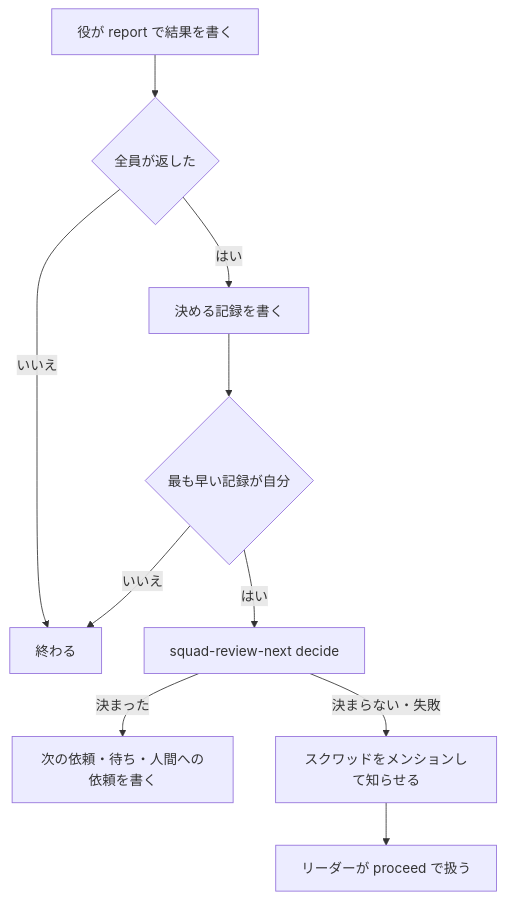
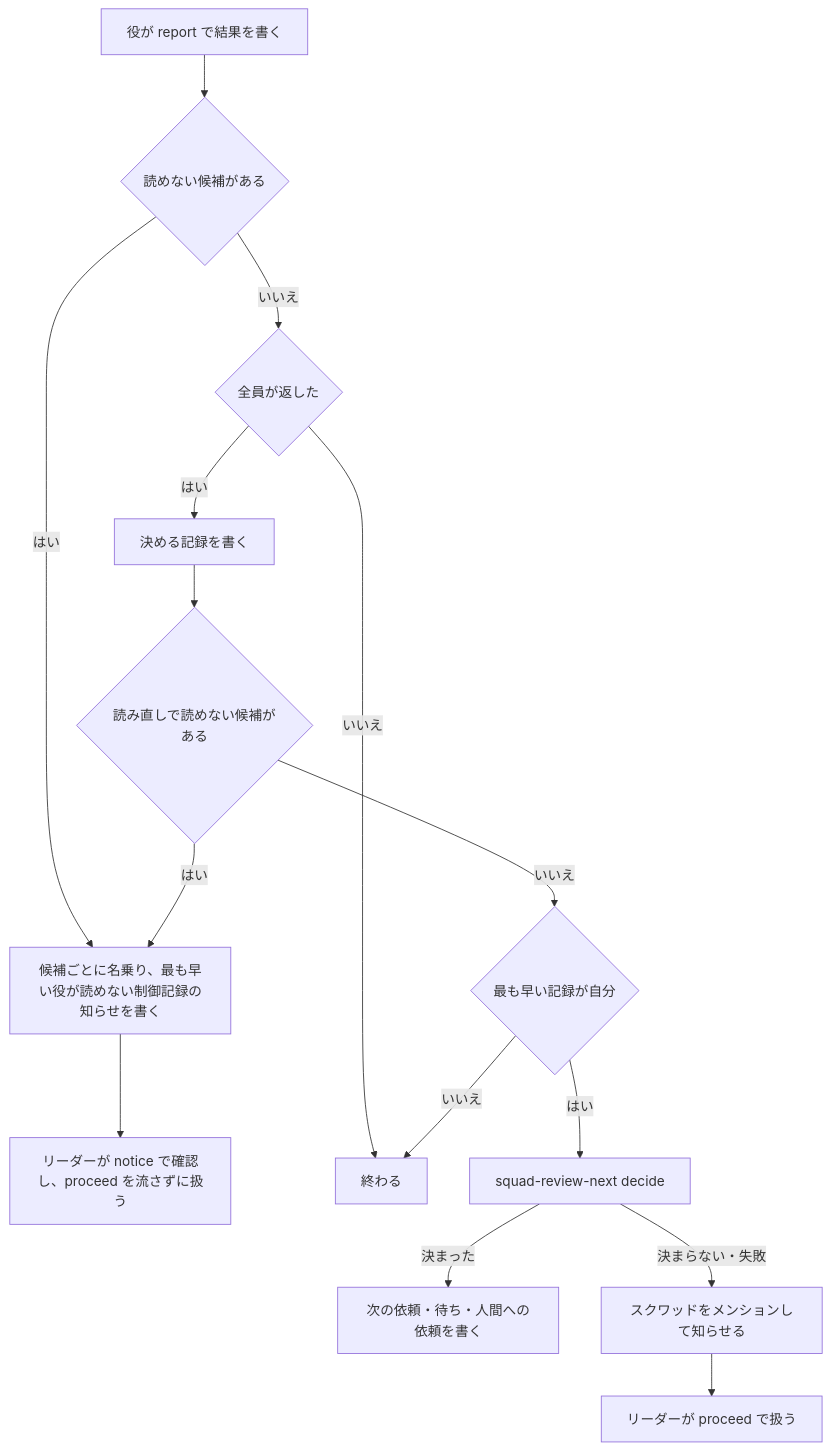
One commit to drecom/multica-squad-kit changed the first of 3 diagrams in docs/review-next-step.md. Above: the diagram before and after it, drawn with Mermaid. The commit also changed other lines of this file and 1 other file, not shown here.

````diff
--- a/docs/review-next-step.md
+++ b/docs/review-next-step.md
@@ -36,12 +36,17 @@
 ```mermaid
 flowchart TD
-  A[役が report で結果を書く] --> B{全員が返した}
+  A[役が report で結果を書く] --> U{読めない候補がある}
+  U -- はい --> N[候補ごとに名乗り、最も早い役が読めない制御記録の知らせを書く]
+  N --> L[リーダーが notice で確認し、proceed を流さずに扱う]
+  U -- いいえ --> B{全員が返した}
   B -- いいえ --> Z[終わる]
   B -- はい --> C[決める記録を書く]
-  C --> D{最も早い記録が自分}
+  C --> V{読み直しで読めない候補がある}
+  V -- はい --> N
+  V -- いいえ --> D{最も早い記録が自分}
   D -- いいえ --> Z
   D -- はい --> E[squad-review-next decide]
   E -- 決まった --> F[次の依頼・待ち・人間への依頼を書く]
   E -- 決まらない・失敗 --> G[スクワッドをメンションして知らせる]
   G --> H[リーダーが proceed で扱う]
 ```
````
